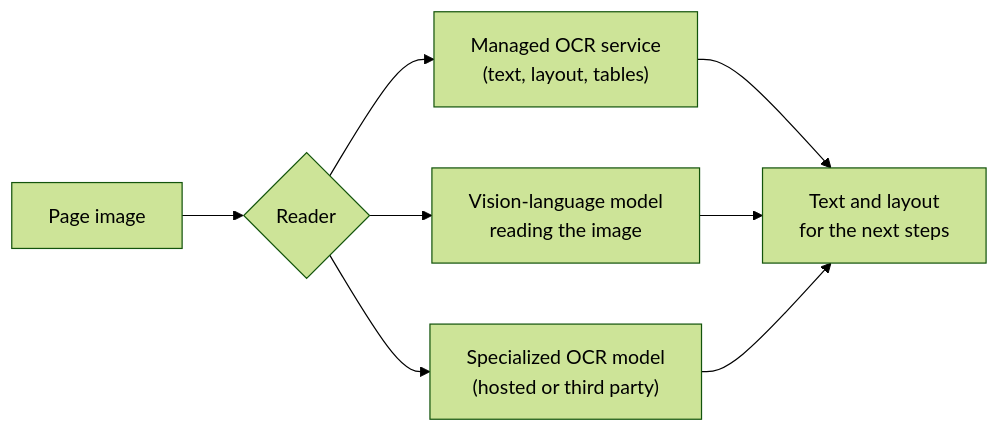
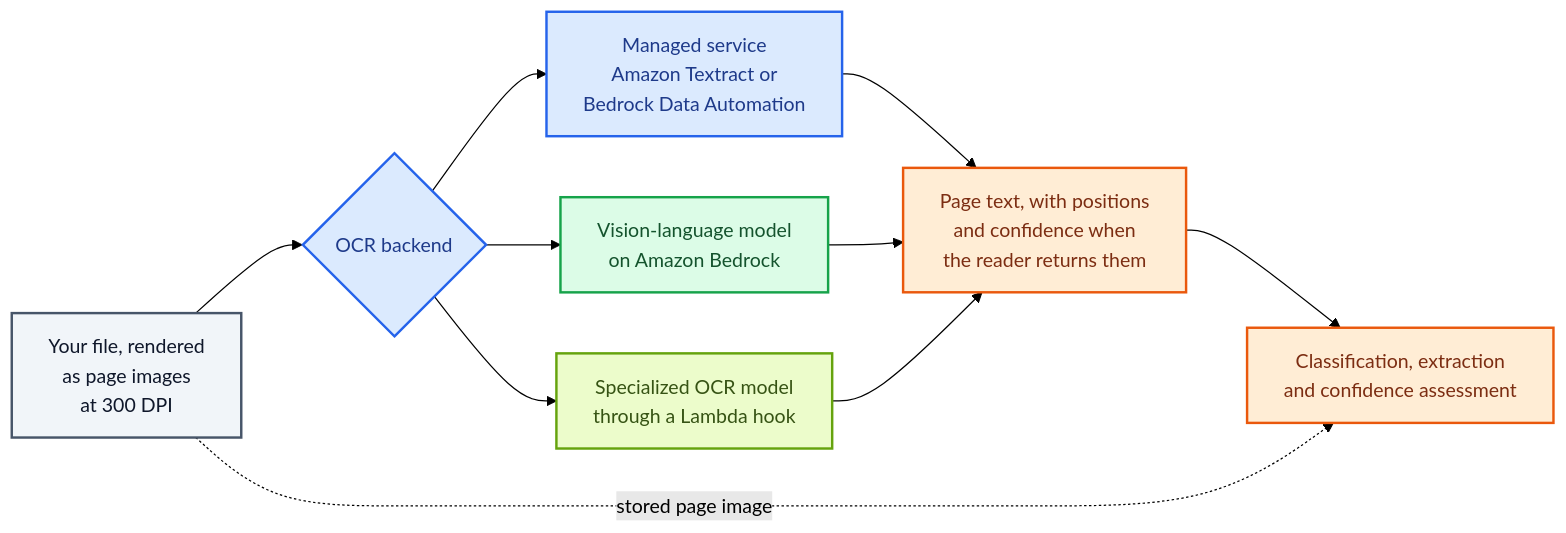
One commit to aws-solutions-library-samples/accelerated-intelligent-document-processing-on-aws changed the second of 2 diagrams in docs/idp-fundamentals/digitization.md. Above: the diagram before and after it, drawn with Mermaid (forest theme). The commit also changed other lines of this file and 7 other files, not shown here.

````diff
--- a/docs/idp-fundamentals/digitization.md
+++ b/docs/idp-fundamentals/digitization.md
@@ -47,10 +75,23 @@
 ```mermaid
 flowchart LR
-    A[Page image] --> B{"Reader"}
-    B --> C["Managed OCR service<br/>(text, layout, tables)"]
-    B --> D["Vision-language model<br/>reading the image"]
-    B --> E["Specialized OCR model<br/>(hosted or third party)"]
-    C --> F["Text and layout<br/>for the next steps"]
-    D --> F
-    E --> F
+    I["Your file, rendered<br/>as page images<br/>at 300 DPI"] --> B{"OCR backend"}
+    B --> A["Managed service<br/>Amazon Textract or<br/>Bedrock Data Automation"]
+    B --> V["Vision-language model<br/>on Amazon Bedrock"]
+    B --> H["Specialized OCR model<br/>through a Lambda hook"]
+    A --> O["Page text, with positions<br/>and confidence when<br/>the reader returns them"]
+    V --> O
+    H --> O
+    O --> L["Classification, extraction<br/>and confidence assessment"]
+    I -. "stored page image" .-> L
+
+    classDef file fill:#f1f5f9,stroke:#475569,color:#0f172a,stroke-width:2px
+    classDef app fill:#dbeafe,stroke:#2563eb,color:#1e3a8a,stroke-width:2px
+    classDef stubA fill:#dcfce7,stroke:#16a34a,color:#14532d,stroke-width:2px
+    classDef stubB fill:#ecfccb,stroke:#65a30d,color:#365314,stroke-width:2px
+    classDef bank fill:#ffedd5,stroke:#ea580c,color:#7c2d12,stroke-width:2px
+    class I file
+    class B,A app
+    class V stubA
+    class H stubB
+    class O,L bank
 ```
````
